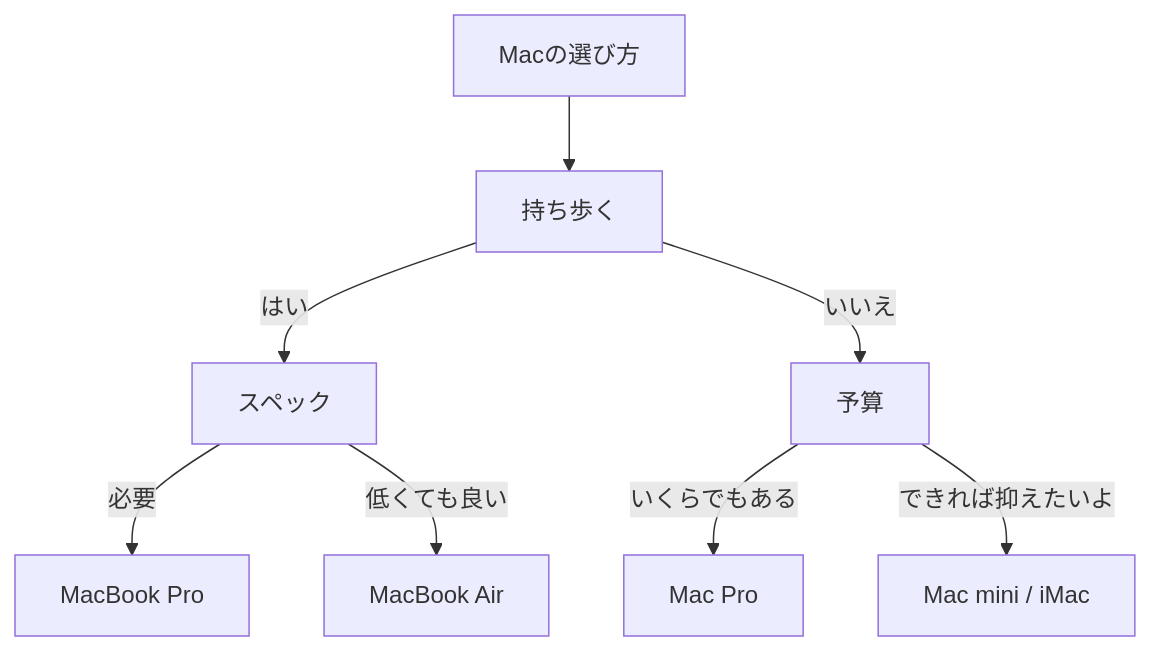
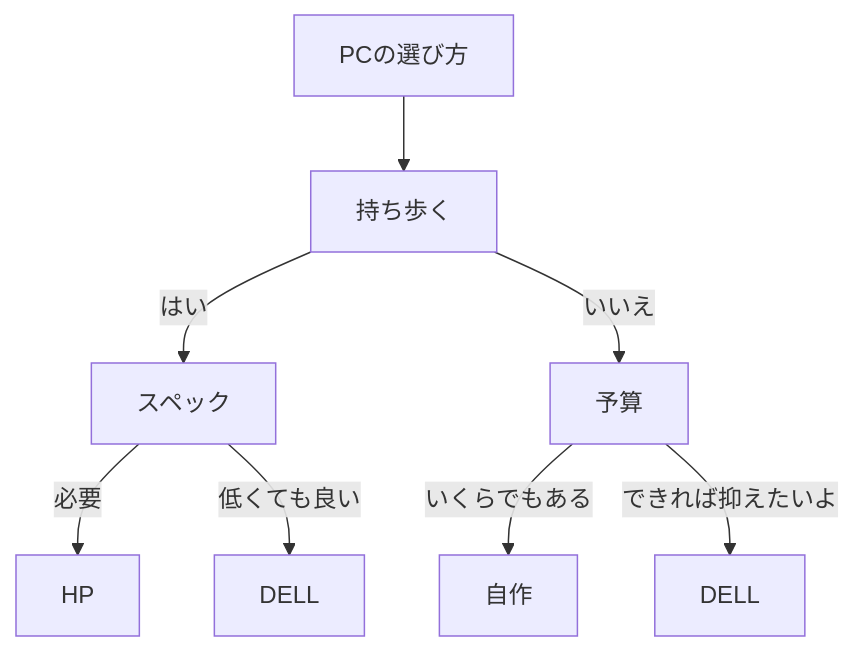
One commit to next-fire-starter/webdocs changed the first of 2 diagrams in README.md. Above: the diagram before and after it, drawn with Mermaid.

Commit message:
add コメント

````diff
--- a/README.md
+++ b/README.md
@@ -6,11 +6,11 @@
 ```mermaid
 graph TB
-  Macの選び方 --> 持ち歩く
+  PCの選び方 --> 持ち歩く
   持ち歩く -->|はい| スペック
   持ち歩く -->|いいえ| 予算
-  スペック -->|必要| R1[MacBook Pro]
-  スペック -->|低くても良い| R2[MacBook Air]
-  予算 --> |いくらでもある| R3[Mac Pro]
-  予算 --> |できれば抑えたいよ| R4[Mac mini / iMac]
+  スペック -->|必要| R1[HP]
+  スペック -->|低くても良い| R2[DELL]
+  予算 --> |いくらでもある| R3[自作]
+  予算 --> |できれば抑えたいよ| R4[DELL]
 
 ```
````
